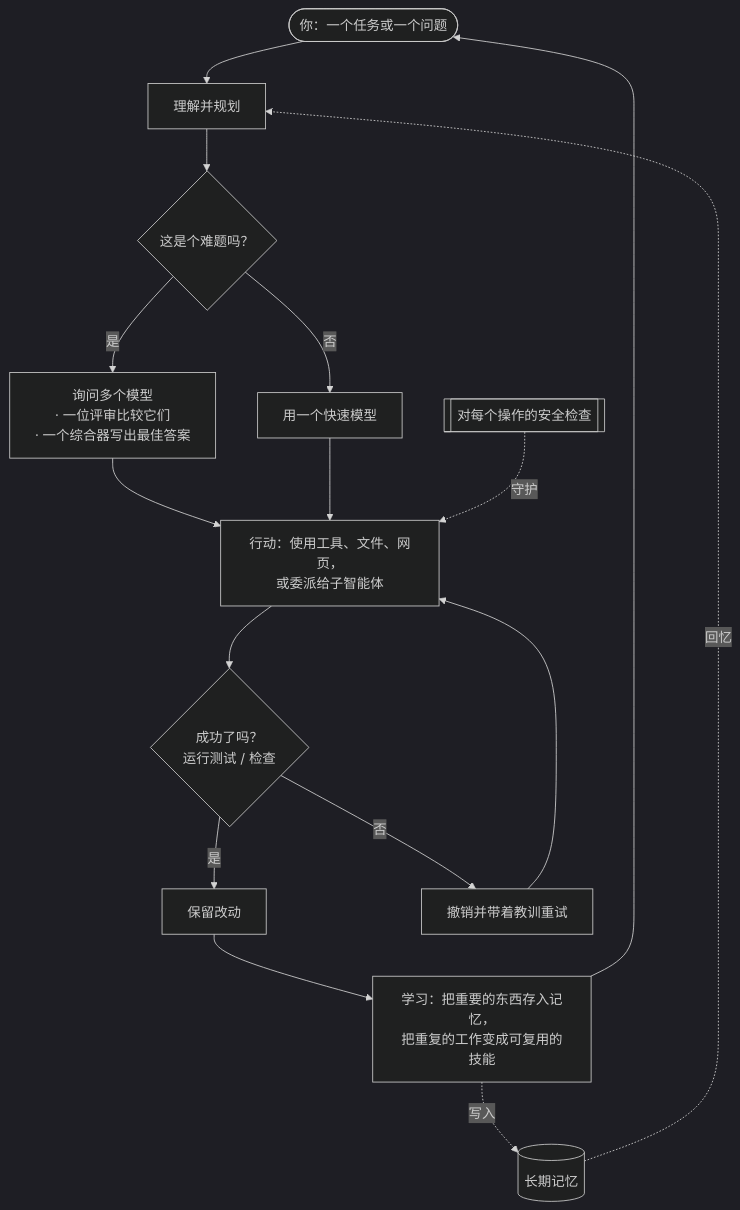
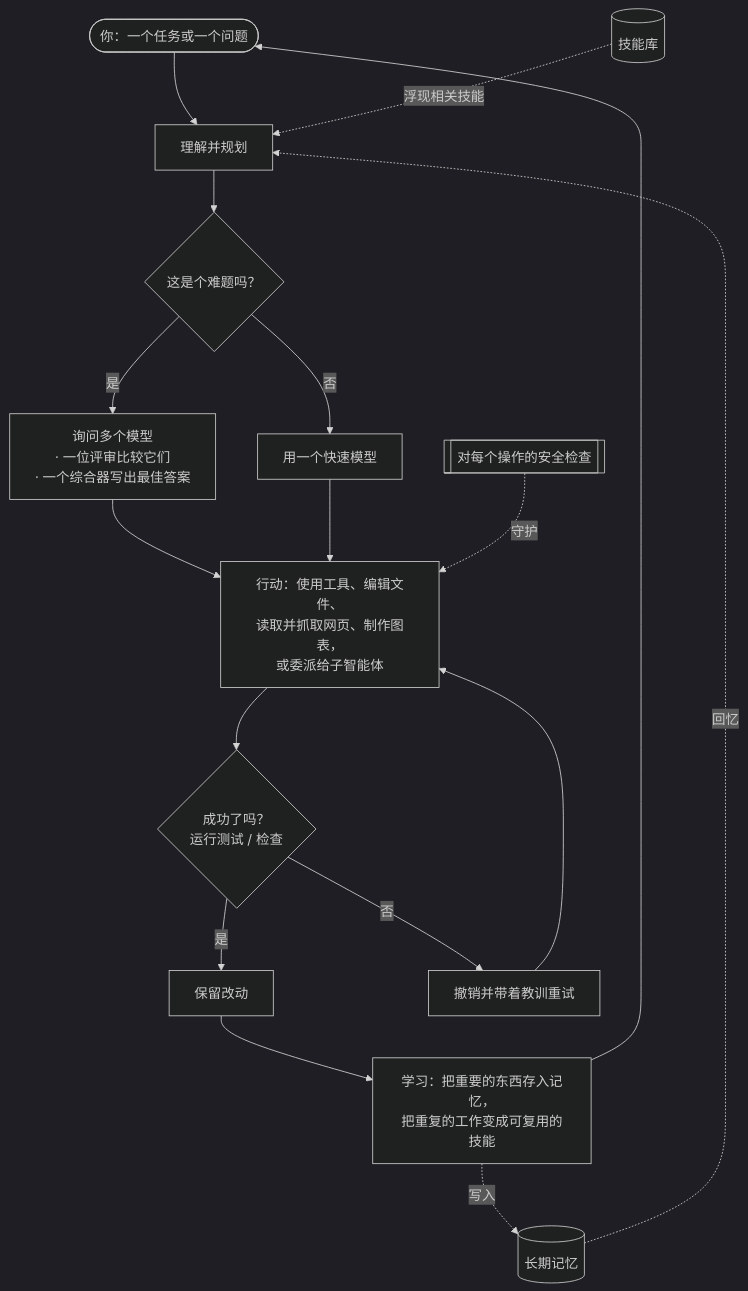
The diagram in README.zh-CN.md (brcampidelli/chimera-agent), drawn with Mermaid (dark theme) before and after one commit. The commit also changed other lines of this file and 6 other files, not shown here.

````diff
--- a/README.zh-CN.md
+++ b/README.zh-CN.md
@@ -171,18 +171,19 @@
 ```mermaid
 flowchart TD
     U([你：一个任务或一个问题]) --> P[理解并规划]
     P --> Q{这是个难题吗？}
     Q -- 是 --> FUSION[询问多个模型<br/>· 一位评审比较它们<br/>· 一个综合器写出最佳答案]
     Q -- 否 --> ONE[用一个快速模型]
-    FUSION --> ACT[行动：使用工具、文件、网页，<br/>或委派给子智能体]
+    FUSION --> ACT[行动：使用工具、编辑文件、<br/>读取并抓取网页、制作图表，<br/>或委派给子智能体]
     ONE --> ACT
     ACT --> V{成功了吗？<br/>运行测试 / 检查}
     V -- 是 --> KEEP[保留改动]
     V -- 否 --> REVERT[撤销并带着教训重试]
     REVERT --> ACT
     KEEP --> LEARN[学习：把重要的东西存入记忆，<br/>把重复的工作变成可复用的技能]
     LEARN --> U
     MEM[(长期记忆)] -. 回忆 .-> P
     LEARN -. 写入 .-> MEM
+    SKILLS[(技能库)] -. 浮现相关技能 .-> P
     GOV[[对每个操作的安全检查]] -. 守护 .-> ACT
 ```
````
